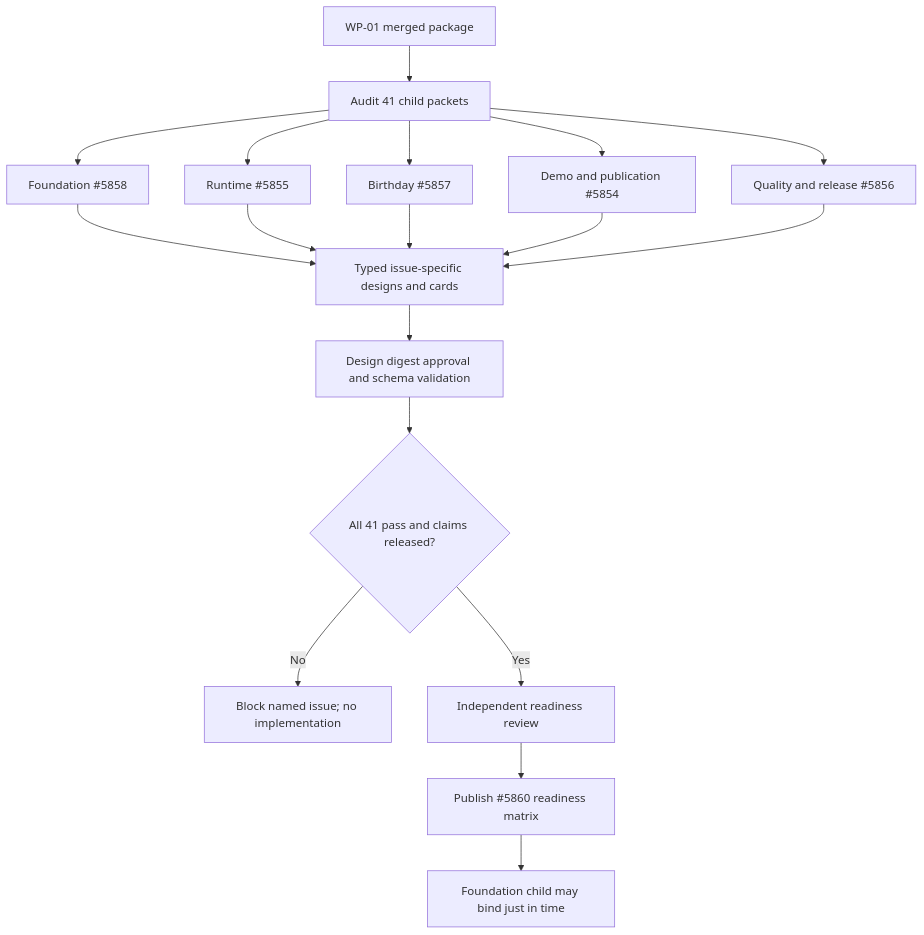
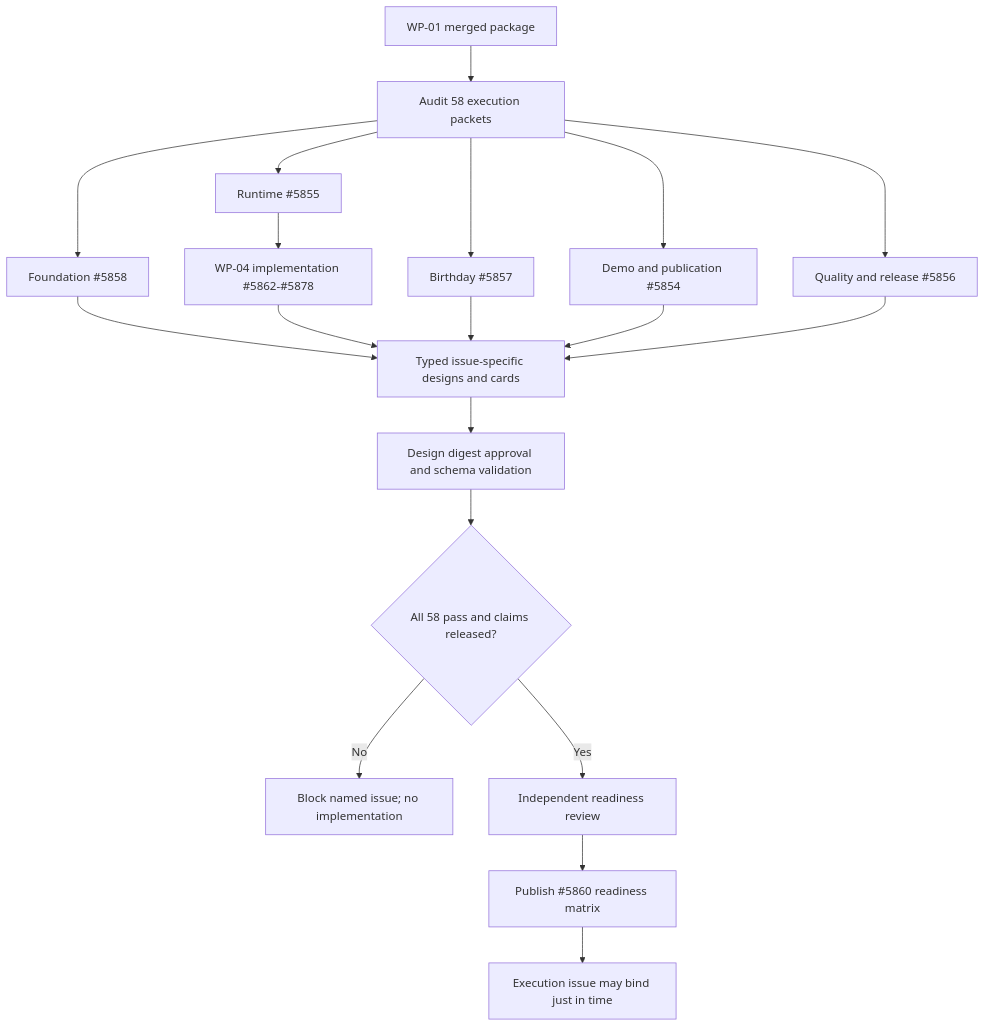
One commit to danielbaustin/agent-design-language changed the diagram in .csdlc/prepared/issues/5860/diagram.mmd. Above: the diagram before and after it, drawn with Mermaid. The commit also changed 17 other files, not shown here.

```diff
--- a/.csdlc/prepared/issues/5860/diagram.mmd
+++ b/.csdlc/prepared/issues/5860/diagram.mmd
@@ -1,18 +1,19 @@
 flowchart TD
-    A["WP-01 merged package"] --> B["Audit 41 child packets"]
+    A["WP-01 merged package"] --> B["Audit 58 execution packets"]
     B --> C1["Foundation #5858"]
     B --> C2["Runtime #5855"]
     B --> C3["Birthday #5857"]
     B --> C4["Demo and publication #5854"]
     B --> C5["Quality and release #5856"]
     C1 --> D["Typed issue-specific designs and cards"]
-    C2 --> D
+    C2 --> C2A["WP-04 implementation #5862-#5878"]
+    C2A --> D
     C3 --> D
     C4 --> D
     C5 --> D
     D --> E["Design digest approval and schema validation"]
-    E --> F{"All 41 pass and claims released?"}
+    E --> F{"All 58 pass and claims released?"}
     F -- "No" --> G["Block named issue; no implementation"]
     F -- "Yes" --> H["Independent readiness review"]
     H --> I["Publish #5860 readiness matrix"]
-    I --> J["Foundation child may bind just in time"]
+    I --> J["Execution issue may bind just in time"]
```
